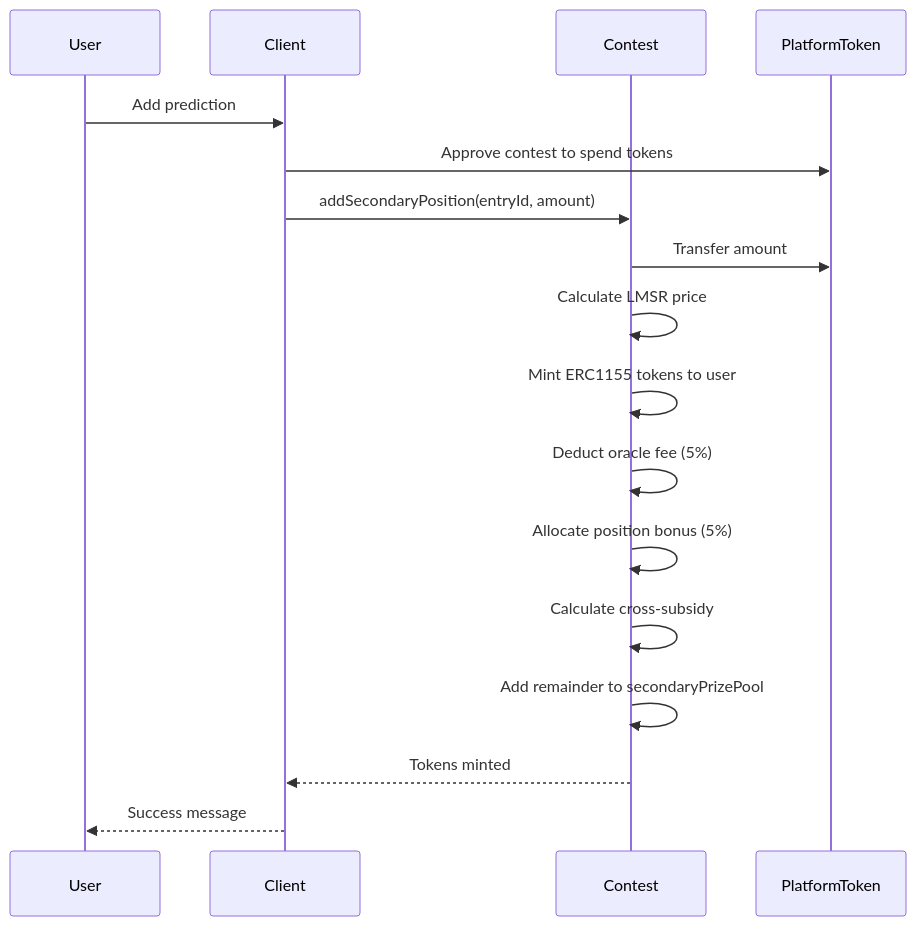
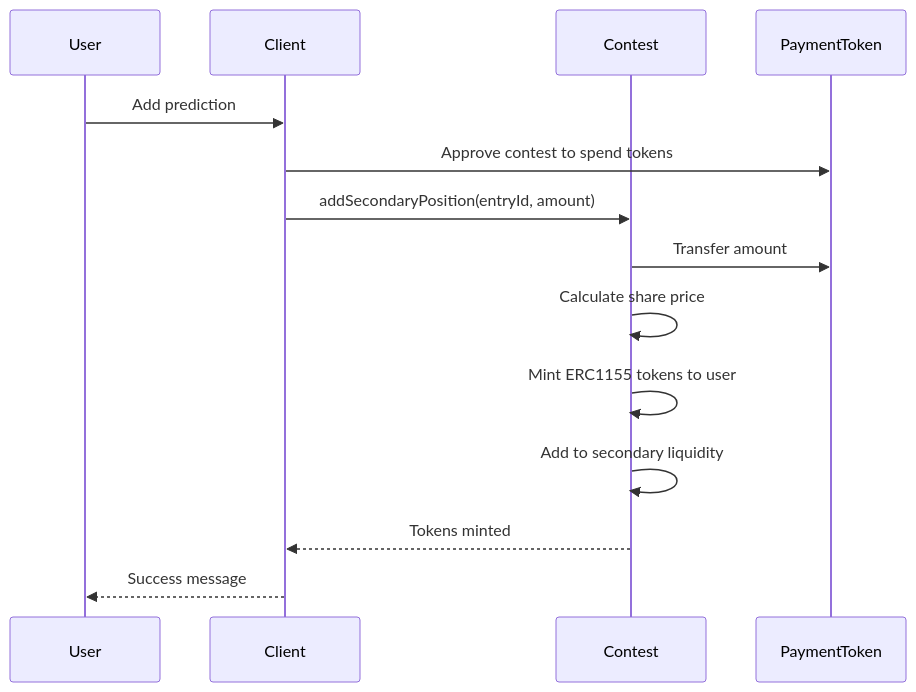
One commit to MagRelo/cut changed the second of 5 diagrams in spec/contracts/data-flow.md. Above: the diagram before and after it, drawn with Mermaid. The commit also changed other lines of this file and 16 other files, not shown here.

````diff
--- a/spec/contracts/data-flow.md
+++ b/spec/contracts/data-flow.md
@@ -26,20 +25,17 @@
 ```mermaid
 sequenceDiagram
     participant User
     participant Client
     participant Contest
-    participant PlatformToken
+    participant PaymentToken
     
     User->>Client: Add prediction
-    Client->>PlatformToken: Approve contest to spend tokens
+    Client->>PaymentToken: Approve contest to spend tokens
     Client->>Contest: addSecondaryPosition(entryId, amount)
-    Contest->>PlatformToken: Transfer amount
-    Contest->>Contest: Calculate LMSR price
+    Contest->>PaymentToken: Transfer amount
+    Contest->>Contest: Calculate share price
     Contest->>Contest: Mint ERC1155 tokens to user
-    Contest->>Contest: Deduct oracle fee (5%)
-    Contest->>Contest: Allocate position bonus (5%)
-    Contest->>Contest: Calculate cross-subsidy
-    Contest->>Contest: Add remainder to secondaryPrizePool
+    Contest->>Contest: Add to secondary liquidity
     Contest-->>Client: Tokens minted
     Client-->>User: Success message
 ```
````
